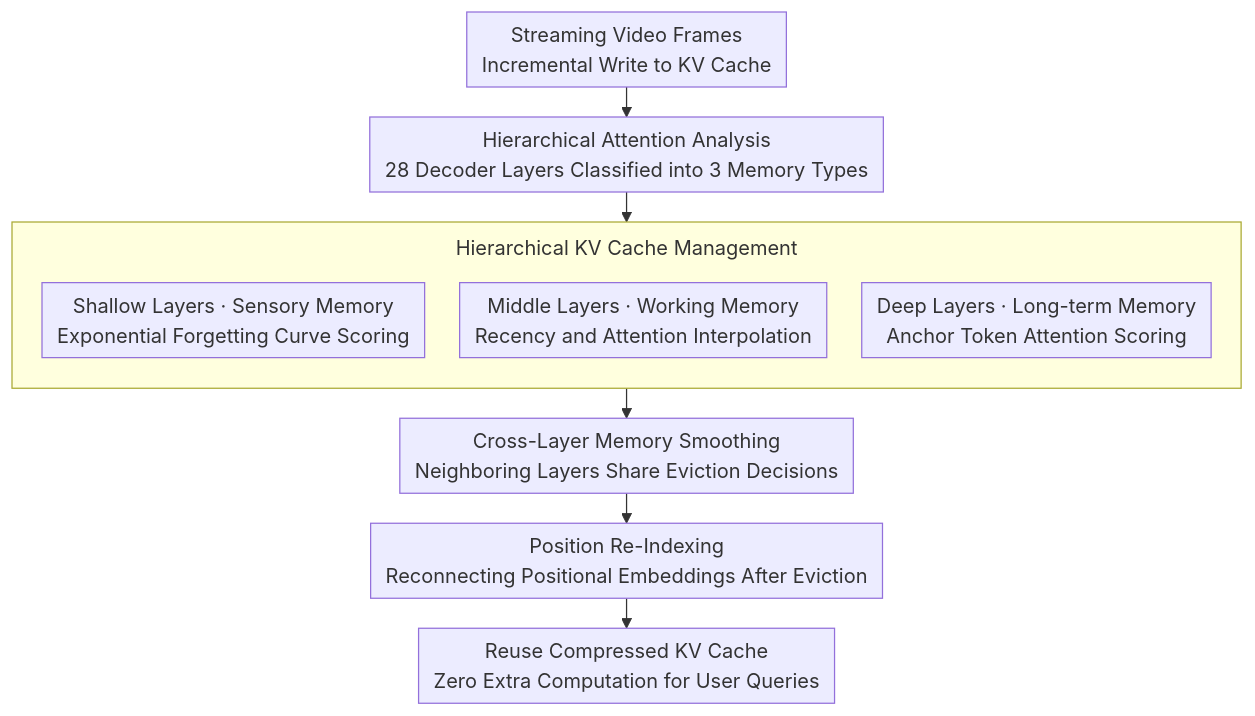
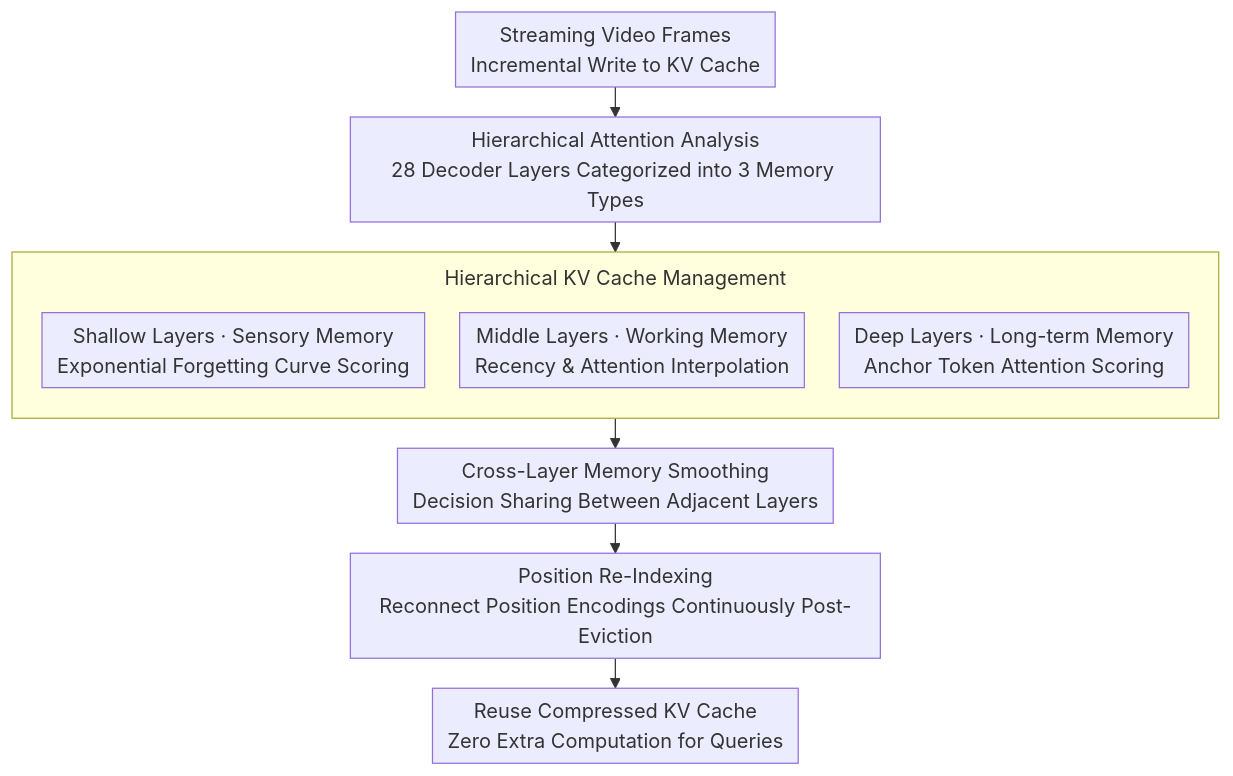
Before and after one commit to zhaoyang97/Paper-Notes-en: the diagram in docs/ACL2026/vlm_efficiency/hermes_kv_cache_as_hierarchical_memory_for_efficient_streaming_video_understandi.md, drawn with Mermaid. The commit also changed other lines of this file and 5084 other files, not shown here.

````diff
--- a/docs/ACL2026/vlm_efficiency/hermes_kv_cache_as_hierarchical_memory_for_efficient_streaming_video_understandi.md
+++ b/docs/ACL2026/vlm_efficiency/hermes_kv_cache_as_hierarchical_memory_for_efficient_streaming_video_understandi.md
@@ -44,15 +44,15 @@
 ```mermaid
 %%{init: {'flowchart': {'rankSpacing': 24, 'nodeSpacing': 28, 'padding': 6, 'wrappingWidth': 400, 'subGraphTitleMargin': {'top': 8, 'bottom': 16}}}}%%
 flowchart TD
-    A["Streaming Video Frames<br/>Incremental Write to KV Cache"] --> B["Hierarchical Attention Analysis<br/>28 Decoder Layers Classified into 3 Memory Types"]
+    A["Streaming Video Frames<br/>Incremental Write to KV Cache"] --> B["Hierarchical Attention Analysis<br/>28 Decoder Layers Categorized into 3 Memory Types"]
     B --> KV
     subgraph KV["Hierarchical KV Cache Management"]
         direction TB
         C1["Shallow Layers · Sensory Memory<br/>Exponential Forgetting Curve Scoring"]
-        C2["Middle Layers · Working Memory<br/>Recency and Attention Interpolation"]
+        C2["Middle Layers · Working Memory<br/>Recency & Attention Interpolation"]
         C3["Deep Layers · Long-term Memory<br/>Anchor Token Attention Scoring"]
     end
-    KV --> D["Cross-Layer Memory Smoothing<br/>Neighboring Layers Share Eviction Decisions"]
-    D --> E["Position Re-Indexing<br/>Reconnecting Positional Embeddings After Eviction"]
-    E --> F["Reuse Compressed KV Cache<br/>Zero Extra Computation for User Queries"]
+    KV --> D["Cross-Layer Memory Smoothing<br/>Decision Sharing Between Adjacent Layers"]
+    D --> E["Position Re-Indexing<br/>Reconnect Position Encodings Continuously Post-Eviction"]
+    E --> F["Reuse Compressed KV Cache<br/>Zero Extra Computation for Queries"]
 ```
````
